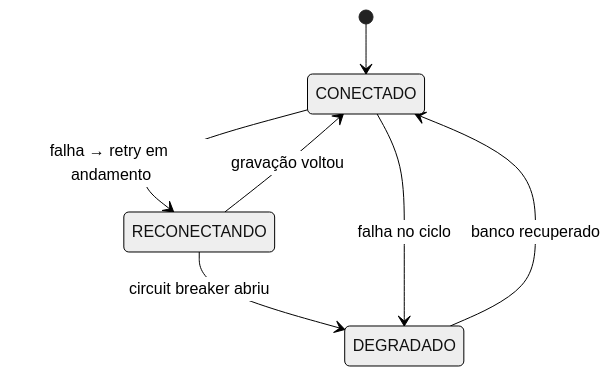
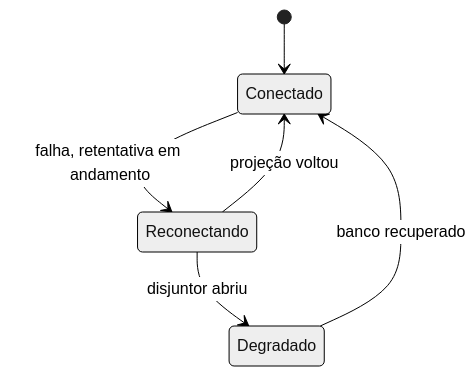
Before and after one commit to ViktorWalde/SynkaCore: the seventh of 9 diagrams in docs/VISAO-GERAL.md, drawn with Mermaid (neutral theme). The commit also changed other lines of this file and 124 other files, not shown here.

````diff
--- a/docs/VISAO-GERAL.md
+++ b/docs/VISAO-GERAL.md
@@ -141,9 +172,8 @@
 ```mermaid
 stateDiagram-v2
-    [*] --> CONECTADO
-    CONECTADO --> RECONECTANDO: falha → retry em andamento
-    RECONECTANDO --> CONECTADO: gravação voltou
-    RECONECTANDO --> DEGRADADO: circuit breaker abriu
-    CONECTADO --> DEGRADADO: falha no ciclo
-    DEGRADADO --> CONECTADO: banco recuperado
+    [*] --> Conectado
+    Conectado --> Reconectando: falha, retentativa em andamento
+    Reconectando --> Conectado: projeção voltou
+    Reconectando --> Degradado: disjuntor abriu
+    Degradado --> Conectado: banco recuperado
 ```
````
